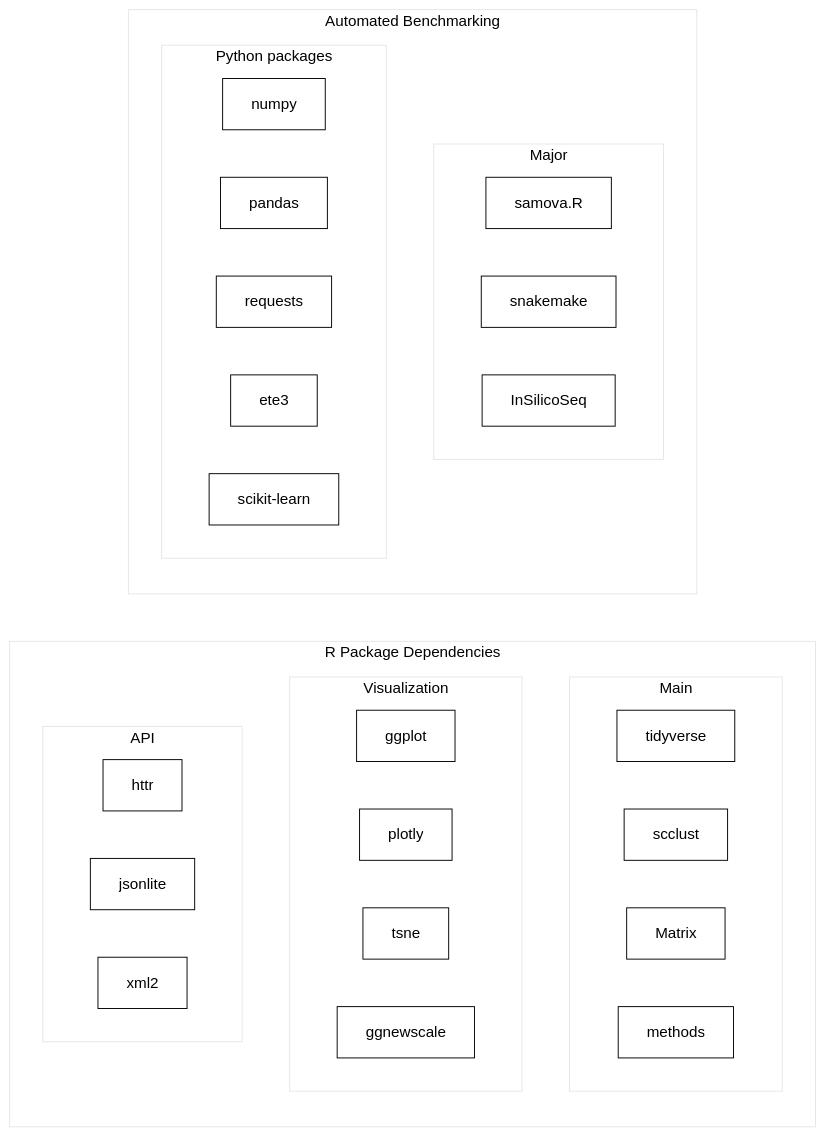
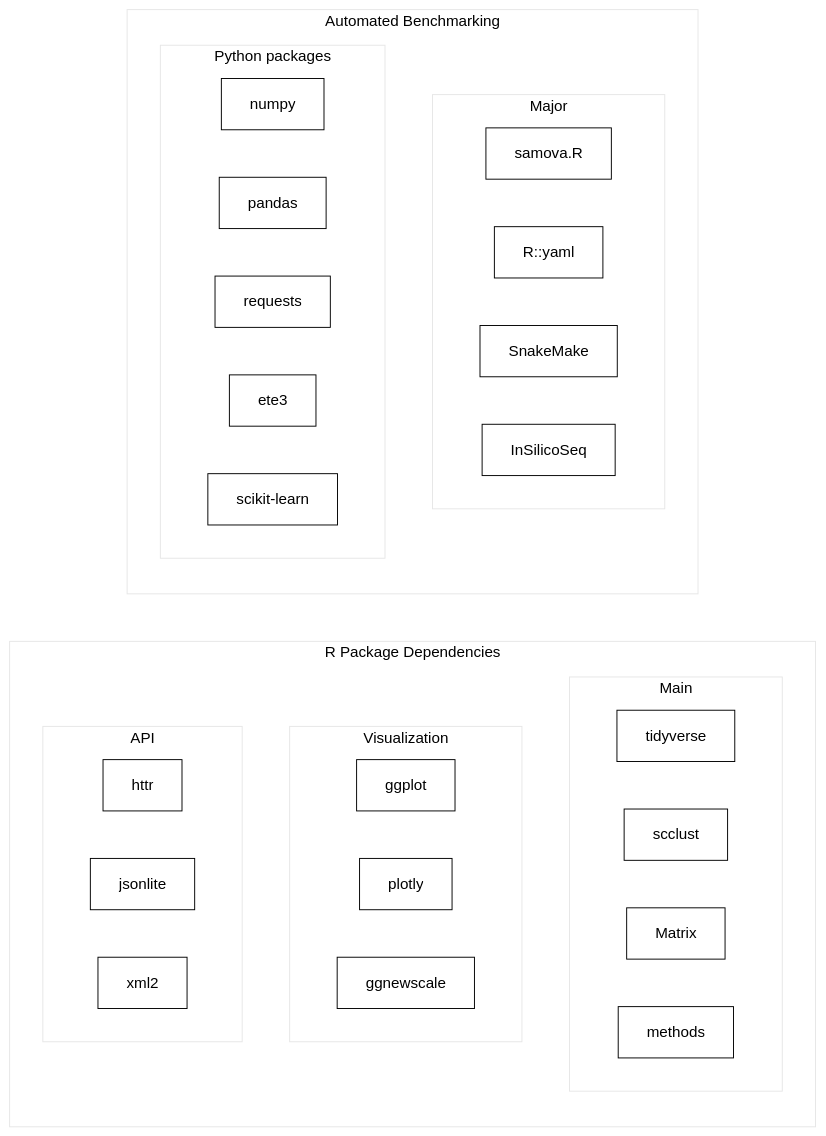
Before and after one commit to ctlab/samovar: the third of 3 diagrams in README.md, drawn with Mermaid. The commit also changed other lines of this file, not shown here.

Commit message:
add dependency

````diff
--- a/README.md
+++ b/README.md
@@ -171,48 +172,48 @@
 ```mermaid
 %%{init: {'theme': 'base', 'themeVariables': { 'fontSize': '16px', 'fontFamily': 'arial', 'primaryColor': '#fff', 'primaryTextColor': '#000', 'primaryBorderColor': '#000', 'lineColor': '#000', 'secondaryColor': '#fff', 'tertiaryColor': '#fff'}}}%%
 graph LR
     subgraph "R Package Dependencies"
         subgraph "Main"
             direction LR
             tidyverse
             scclust
             Matrix
             methods
         end
         
         subgraph "Visualization"
             direction LR
             ggplot
             plotly
-            tsne
             ggnewscale
         end
         
         subgraph "API"
             direction LR
             httr
             jsonlite
             xml2
         end
     end
     
     subgraph "Automated Benchmarking"
         subgraph "Major"
             direction LR
             samova.R
-            snakemake
+            R::yaml
+            SnakeMake
             InSilicoSeq
         end
         
         subgraph "Python packages"
             direction LR
             numpy
             pandas
             requests
             ete3
             scikit-learn
         end
     end
     
     linkStyle default stroke:#000
 ```
````
